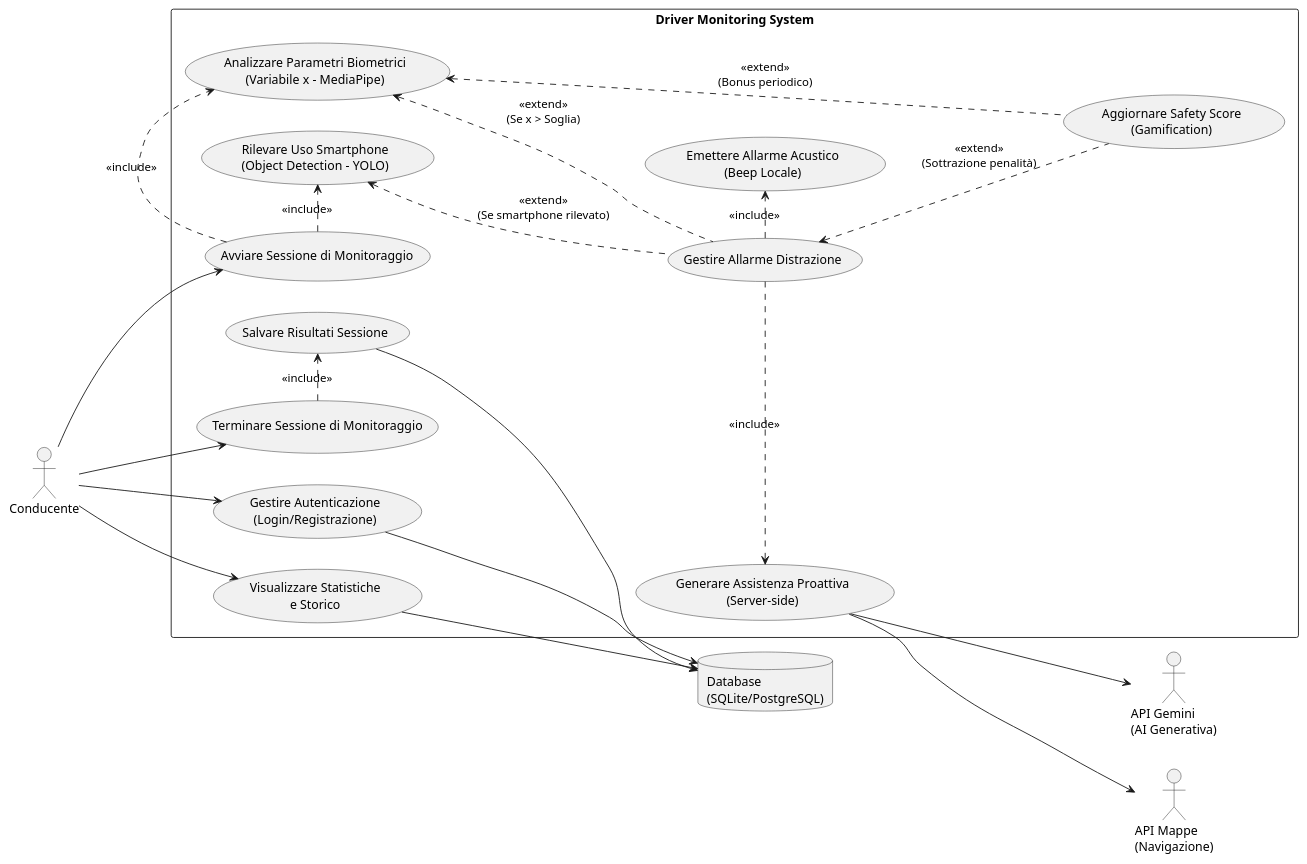
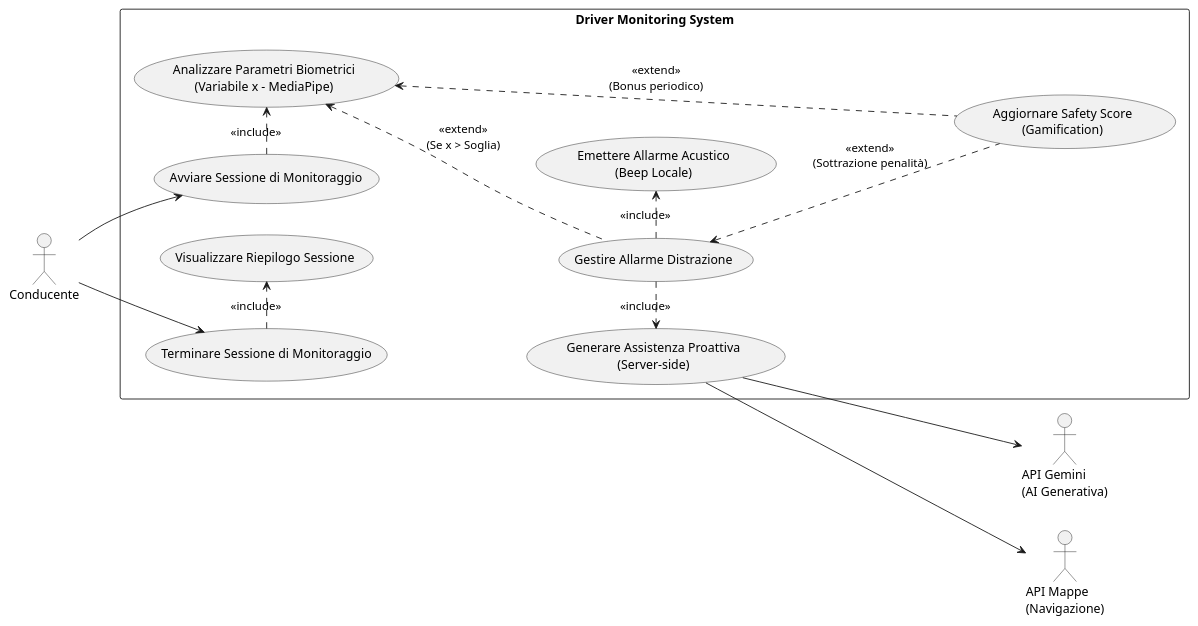
Before and after one commit to p3pp304/driver-monitoring-system: the diagram in diagramma_casiduso/casi_uso.puml, drawn with PlantUML. The commit also changed 2 other files, not shown here.

```diff
--- a/diagramma_casiduso/casi_uso.puml
+++ b/diagramma_casiduso/casi_uso.puml
@@ -1,59 +1,48 @@
 @startuml
 left to right direction
 skinparam packageStyle rectangle
 
 actor "Conducente" as user
 actor "API Gemini\n(AI Generativa)" as ai
 actor "API Mappe\n(Navigazione)" as maps
-database "Database\n(SQLite/PostgreSQL)" as db
 
 rectangle "Driver Monitoring System" {
   
-  usecase "Gestire Autenticazione\n(Login/Registrazione)" as UC_Auth
-  usecase "Visualizzare Statistiche\ne Storico" as UC_Stats
   usecase "Avviare Sessione di Monitoraggio" as UC_Start
   usecase "Terminare Sessione di Monitoraggio" as UC_End
   
   usecase "Analizzare Parametri Biometrici\n(Variabile x - MediaPipe)" as UC_Monitor
-  usecase "Rilevare Uso Smartphone\n(Object Detection - YOLO)" as UC_Phone
   
   usecase "Aggiornare Safety Score\n(Gamification)" as UC_Score
   usecase "Gestire Allarme Distrazione" as UC_Alarm
   
   usecase "Emettere Allarme Acustico\n(Beep Locale)" as UC_Beep
   usecase "Generare Assistenza Proattiva\n(Server-side)" as UC_Proactive
-  usecase "Salvare Risultati Sessione" as UC_Save
+  usecase "Visualizzare Riepilogo Sessione" as UC_Summary
 
   ' Interazioni dell'utente
-  user --> UC_Auth
-  user --> UC_Stats
   user --> UC_Start
   user --> UC_End
   
-  ' Avvio del monitoraggio include entrambi i controlli AI
+  ' Avvio del monitoraggio 
   UC_Start .> UC_Monitor : <<include>>
-  UC_Start .> UC_Phone : <<include>>
   
-  ' Gestione Allarme si innesca se c'è un'anomalia in uno dei due
+  ' Gestione Allarme si innesca se x > soglia
   UC_Monitor <.. UC_Alarm : <<extend>>\n(Se x > Soglia)
-  UC_Phone <.. UC_Alarm : <<extend>>\n(Se smartphone rilevato)
   
-' Il Safety score si aggiorna in base al tempo (Bonus) e agli allarmi (Penalità)
+  ' Gamification
   UC_Monitor <.. UC_Score : <<extend>>\n(Bonus periodico)
   UC_Alarm <.. UC_Score : <<extend>>\n(Sottrazione penalità)
   
   ' Risposte all'allarme
   UC_Alarm .> UC_Beep : <<include>>
   UC_Alarm .> UC_Proactive : <<include>>
   
-  ' Chiusura sessione salva i dati
-  UC_End .> UC_Save : <<include>>
+  ' Fine viaggio
+  UC_End .> UC_Summary : <<include>>
   
-  ' Collegamenti agli attori esterni
+  ' Collegamenti esterni
   UC_Proactive --> ai
   UC_Proactive --> maps
-  UC_Save --> db
-  UC_Stats --> db
-  UC_Auth --> db
 }
 @enduml
```
